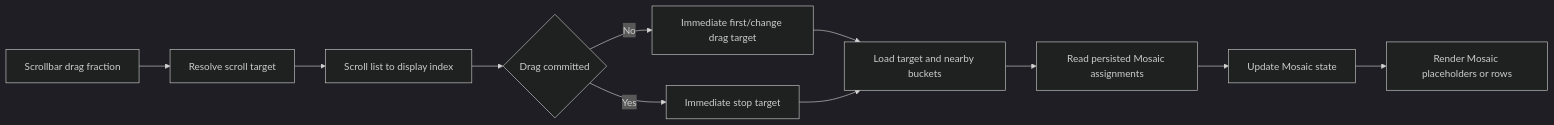
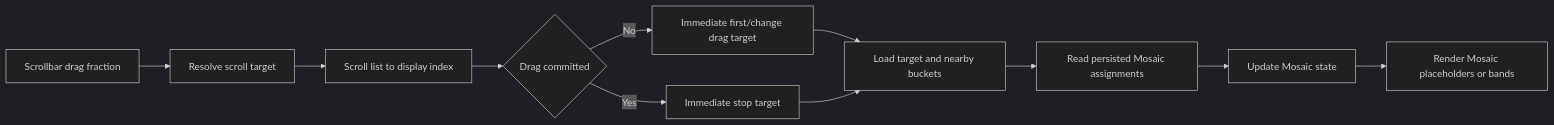
Before and after one commit to ch4ndu/ImmichGallery: the sixth of 7 diagrams in docs/timeline.md, drawn with Mermaid (dark theme). The commit also changed other lines of this file and 13 other files, not shown here.

````diff
--- a/docs/timeline.md
+++ b/docs/timeline.md
@@ -444,13 +446,13 @@
 ```mermaid
 graph LR
     drag["Scrollbar drag fraction"] --> target["Resolve scroll target"]
     target --> scroll["Scroll list to display index"]
     scroll --> commit{"Drag committed"}
     commit -->|No| dragTarget["Immediate first/change drag target"]
     commit -->|Yes| stop["Immediate stop target"]
     dragTarget --> load["Load target and nearby buckets"]
     stop --> load
     load --> read["Read persisted Mosaic assignments"]
     read --> state["Update Mosaic state"]
-    state --> render["Render Mosaic placeholders or rows"]
+    state --> render["Render Mosaic placeholders or bands"]
 ```
````
